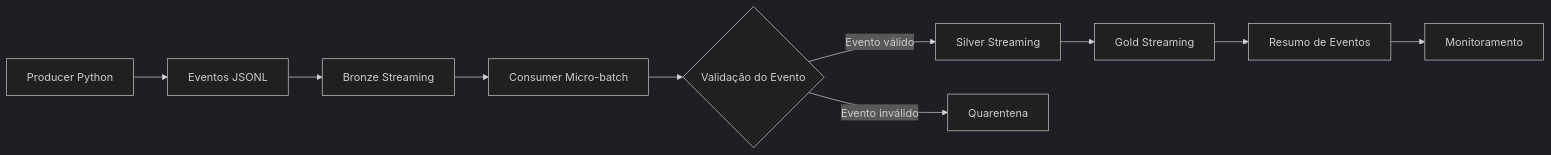
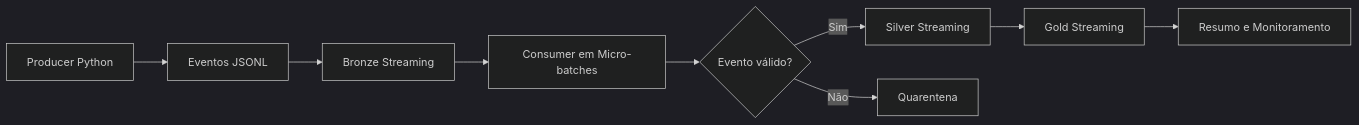
Before and after one commit to acorrea79/techchallenge-fase2-pipeline-alfabetizacao: the third of 4 diagrams in README.md, drawn with Mermaid (dark theme). The commit also changed other lines of this file and 7 other files, not shown here.

````diff
--- a/README.md
+++ b/README.md
@@ -205,14 +358,11 @@
 ```mermaid
 flowchart LR
     A[Producer Python] --> B[Eventos JSONL]
     B --> C[Bronze Streaming]
-    C --> D[Consumer Micro-batch]
-    D --> E{Validação do Evento}
-
-    E -->|Evento válido| F[Silver Streaming]
-    E -->|Evento inválido| G[Quarentena]
-
+    C --> D[Consumer em Micro-batches]
+    D --> E{Evento válido?}
+    E -->|Sim| F[Silver Streaming]
+    E -->|Não| G[Quarentena]
     F --> H[Gold Streaming]
-    H --> I[Resumo de Eventos]
-    I --> J[Monitoramento]
+    H --> I[Resumo e Monitoramento]
 ```
````
